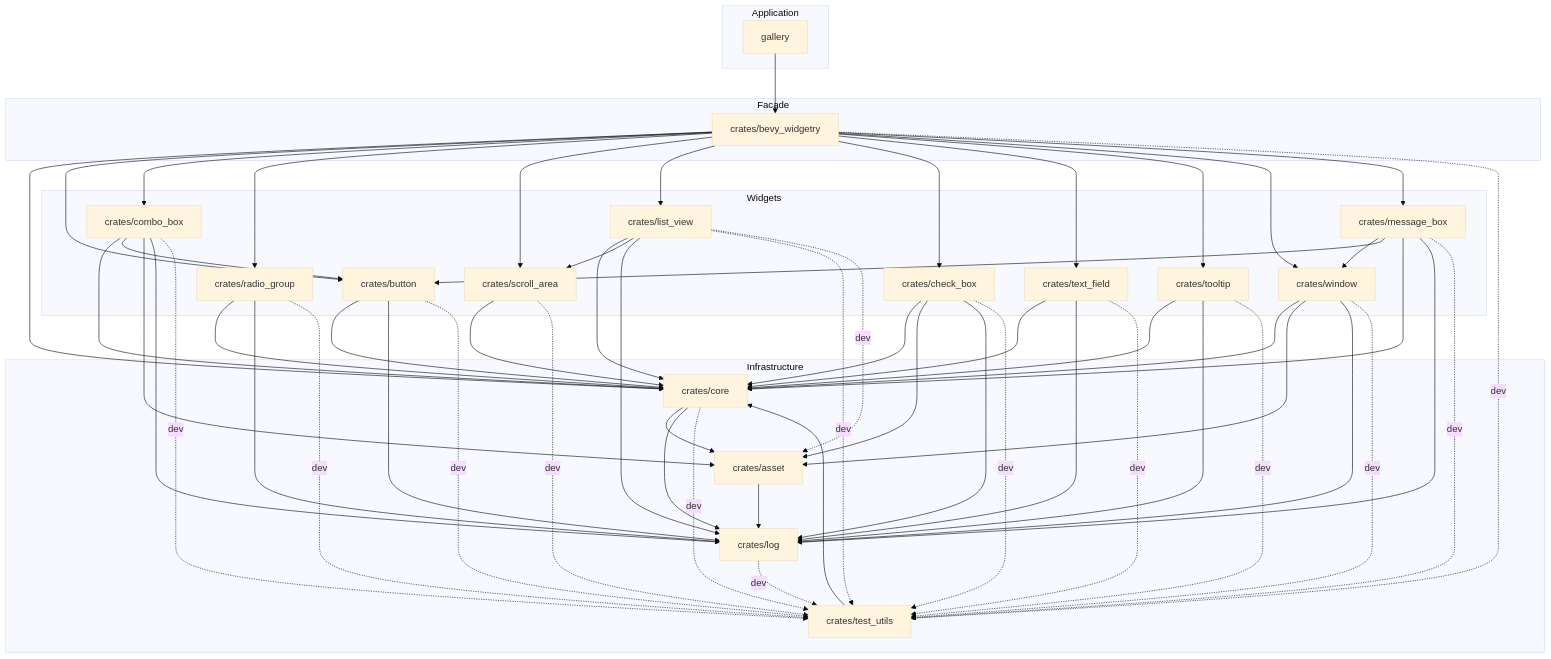
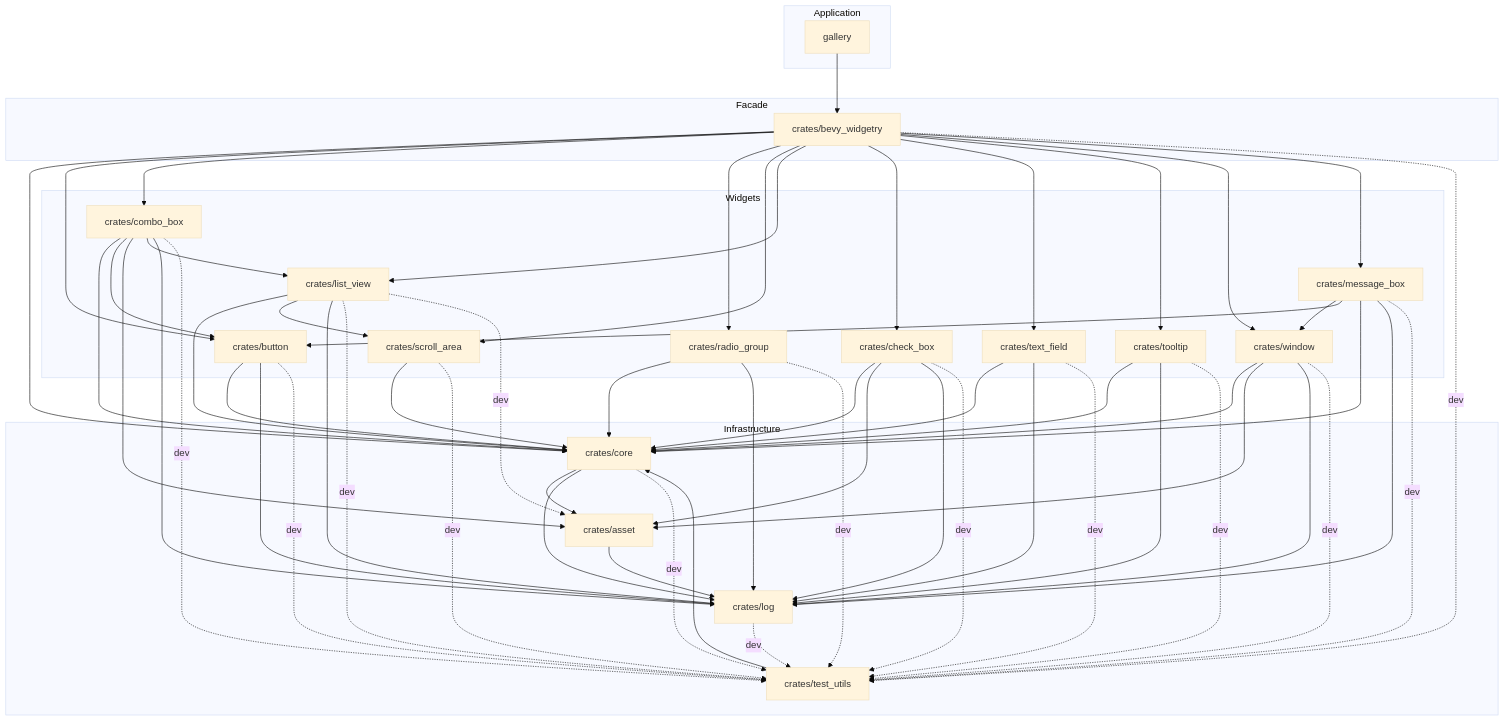
The diagram in docs/architecture.md (slc90/bevy_widgetry), drawn with Mermaid (base theme) before and after one commit. The commit also changed other lines of this file and 16 other files, not shown here.

First line of the commit message:
建立 ComboBox 的 generic ListModel 构造 contract

```diff
--- a/docs/architecture.md
+++ b/docs/architecture.md
@@ -207,6 +209,7 @@
     combo_box --> core
     combo_box --> button
     combo_box --> asset
+    combo_box --> list_view
     radio_group --> core
     radio_group --> log
     scroll_area --> core
```
